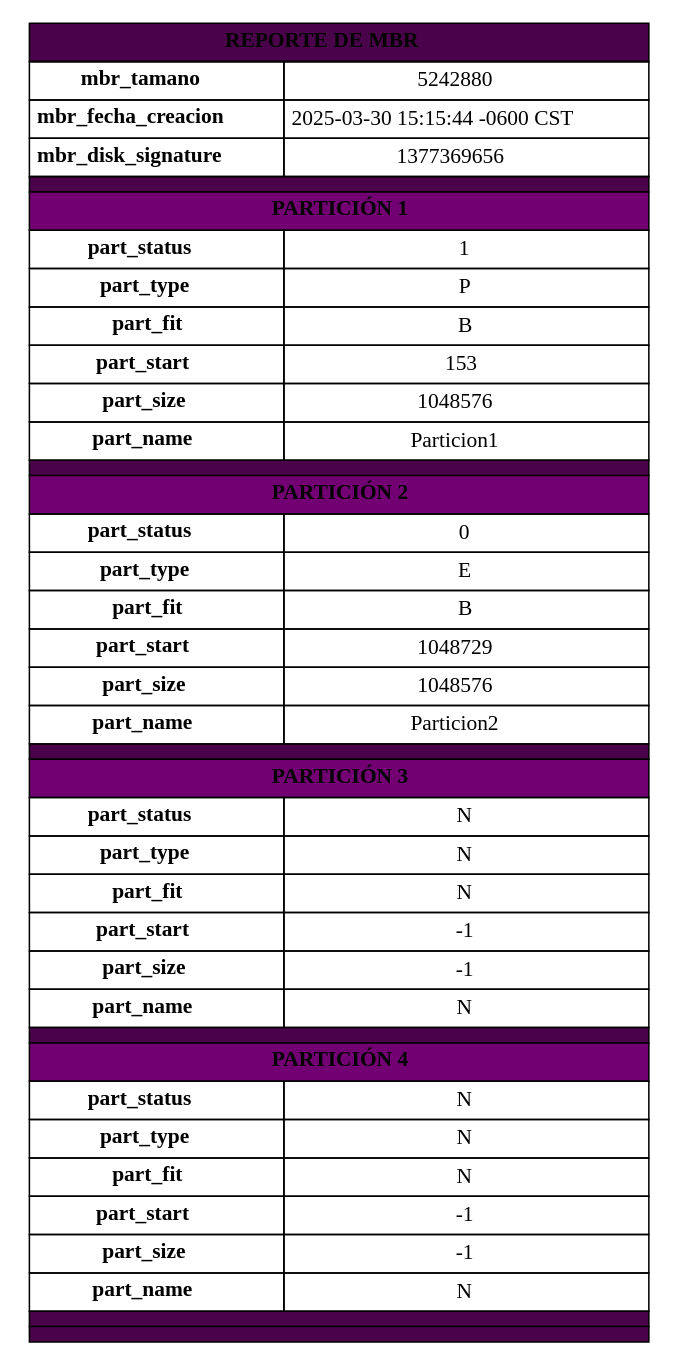
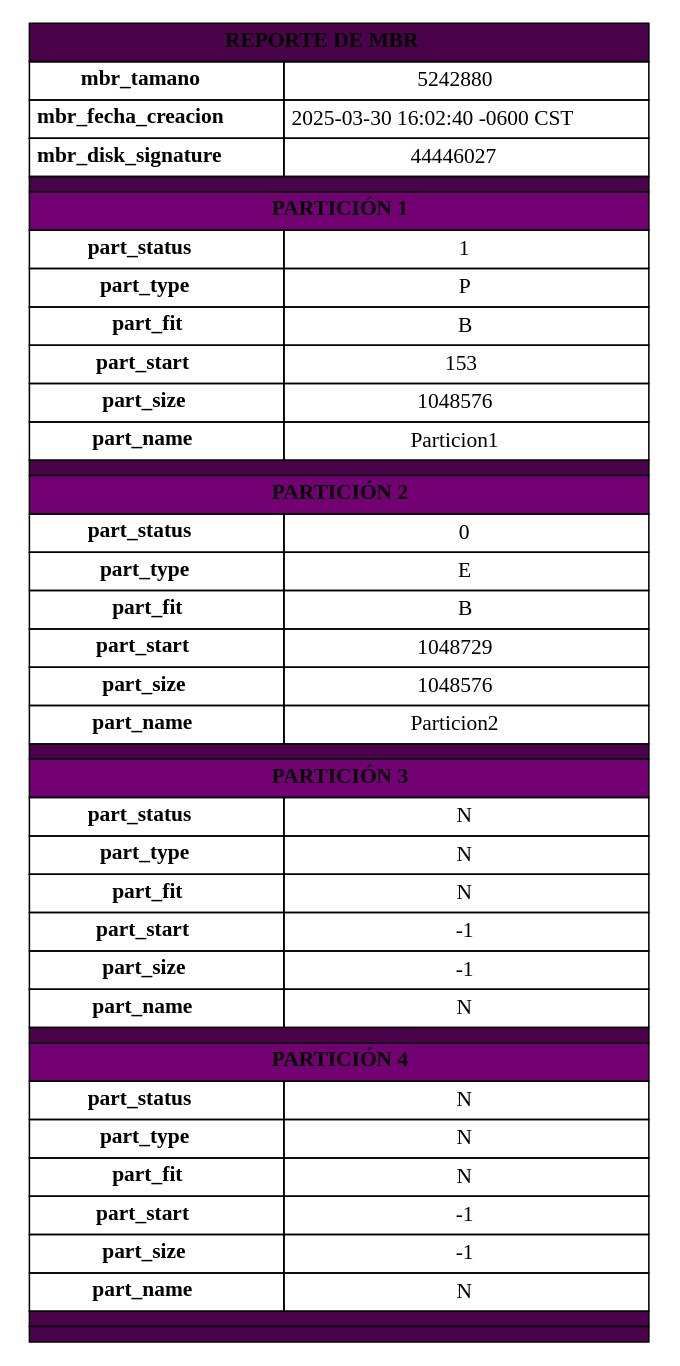
Before and after one commit to Brandon22023/MIA_1S2025_P1_202300813: the diagram in output/report_mbr.dot, drawn with Graphviz. The commit also changed 7 other files, not shown here.

```diff
--- a/output/report_mbr.dot
+++ b/output/report_mbr.dot
@@ -1,164 +1,164 @@
 digraph G {
 		node [shape=plaintext]
 		tabla [label=<
 			<table border="0" cellborder="1" cellspacing="0" cellpadding="4" style="rounded; font-family:Arial; font-size:12px;">
 				<!-- Encabezado principal -->
 				<tr>
 					<td colspan="2" bgcolor="#4A024A" style="color:white; font-size:16px; padding:8px; border-top-left-radius:8px; border-top-right-radius:8px;">
 						<b>REPORTE DE MBR</b>
 					</td>
 				</tr>
 				
 				<!-- Datos del MBR -->
 				<tr bgcolor="#EAD3EA">
 					<td><b>mbr_tamano</b></td>
 					<td>5242880</td>
 				</tr>
 				<tr>
 					<td><b>mbr_fecha_creacion</b></td>
-					<td>2025-03-30 15:15:44 -0600 CST</td>
+					<td>2025-03-30 16:02:40 -0600 CST</td>
 				</tr>
 				<tr bgcolor="#EAD3EA">
 					<td><b>mbr_disk_signature</b></td>
-					<td>1377369656</td>
+					<td>44446027</td>
 				</tr>
 				
 				<!-- Separador visual -->
 				<tr><td colspan="2" height="4" bgcolor="#4A024A"></td></tr>
             <!-- Partición 1 -->
             <tr>
                 <td colspan="2" bgcolor="#720072" style="color:white; font-size:14px; padding:6px;">
                     <b>PARTICIÓN 1</b>
                 </td>
             </tr>
             <tr bgcolor="#F5D0F5">
                 <td><b>part_status</b></td>
                 <td>1</td>
             </tr>
             <tr>
                 <td><b>part_type</b></td>
                 <td>P</td>
             </tr>
             <tr bgcolor="#F5D0F5">
                 <td><b>part_fit</b></td>
                 <td>B</td>
             </tr>
             <tr>
                 <td><b>part_start</b></td>
                 <td>153</td>
             </tr>
             <tr bgcolor="#F5D0F5">
                 <td><b>part_size</b></td>
                 <td>1048576</td>
             </tr>
             <tr>
                 <td><b>part_name</b></td>
                 <td>Particion1</td>
             </tr>
             
             <!-- Separador visual entre particiones -->
             <tr><td colspan="2" height="4" bgcolor="#4A024A"></td></tr>
             <!-- Partición 2 -->
             <tr>
                 <td colspan="2" bgcolor="#720072" style="color:white; font-size:14px; padding:6px;">
                     <b>PARTICIÓN 2</b>
                 </td>
             </tr>
             <tr bgcolor="#F5D0F5">
                 <td><b>part_status</b></td>
                 <td>0</td>
             </tr>
             <tr>
                 <td><b>part_type</b></td>
                 <td>E</td>
             </tr>
             <tr bgcolor="#F5D0F5">
                 <td><b>part_fit</b></td>
                 <td>B</td>
             </tr>
             <tr>
                 <td><b>part_start</b></td>
                 <td>1048729</td>
             </tr>
             <tr bgcolor="#F5D0F5">
                 <td><b>part_size</b></td>
                 <td>1048576</td>
             </tr>
             <tr>
                 <td><b>part_name</b></td>
                 <td>Particion2</td>
             </tr>
             
             <!-- Separador visual entre particiones -->
             <tr><td colspan="2" height="4" bgcolor="#4A024A"></td></tr>
             <!-- Partición 3 -->
             <tr>
                 <td colspan="2" bgcolor="#720072" style="color:white; font-size:14px; padding:6px;">
                     <b>PARTICIÓN 3</b>
                 </td>
             </tr>
             <tr bgcolor="#F5D0F5">
                 <td><b>part_status</b></td>
                 <td>N</td>
             </tr>
             <tr>
                 <td><b>part_type</b></td>
                 <td>N</td>
             </tr>
             <tr bgcolor="#F5D0F5">
                 <td><b>part_fit</b></td>
                 <td>N</td>
             </tr>
             <tr>
                 <td><b>part_start</b></td>
                 <td>-1</td>
             </tr>
             <tr bgcolor="#F5D0F5">
                 <td><b>part_size</b></td>
                 <td>-1</td>
             </tr>
             <tr>
                 <td><b>part_name</b></td>
                 <td>N</td>
             </tr>
             
             <!-- Separador visual entre particiones -->
             <tr><td colspan="2" height="4" bgcolor="#4A024A"></td></tr>
             <!-- Partición 4 -->
             <tr>
                 <td colspan="2" bgcolor="#720072" style="color:white; font-size:14px; padding:6px;">
                     <b>PARTICIÓN 4</b>
                 </td>
             </tr>
             <tr bgcolor="#F5D0F5">
                 <td><b>part_status</b></td>
                 <td>N</td>
             </tr>
             <tr>
                 <td><b>part_type</b></td>
                 <td>N</td>
             </tr>
             <tr bgcolor="#F5D0F5">
                 <td><b>part_fit</b></td>
                 <td>N</td>
             </tr>
             <tr>
                 <td><b>part_start</b></td>
                 <td>-1</td>
             </tr>
             <tr bgcolor="#F5D0F5">
                 <td><b>part_size</b></td>
                 <td>-1</td>
             </tr>
             <tr>
                 <td><b>part_name</b></td>
                 <td>N</td>
             </tr>
             
             <!-- Separador visual entre particiones -->
             <tr><td colspan="2" height="4" bgcolor="#4A024A"></td></tr>
 	<!-- Pie de tabla -->
 	<tr>
 		<td colspan="2" bgcolor="#4A024A" style="border-bottom-left-radius:8px; border-bottom-right-radius:8px; height:4px;"></td>
 	</tr>
 	</table>>] }"
```
